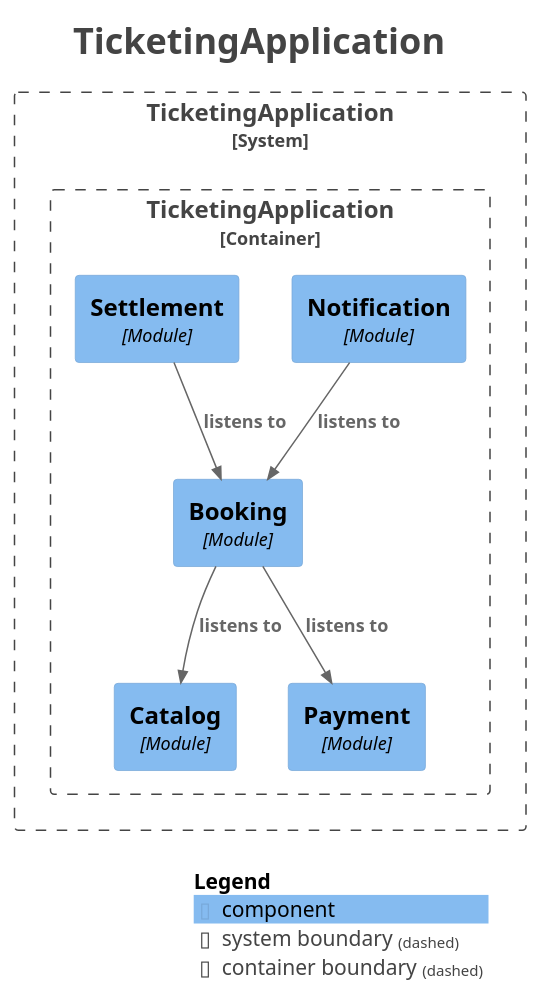
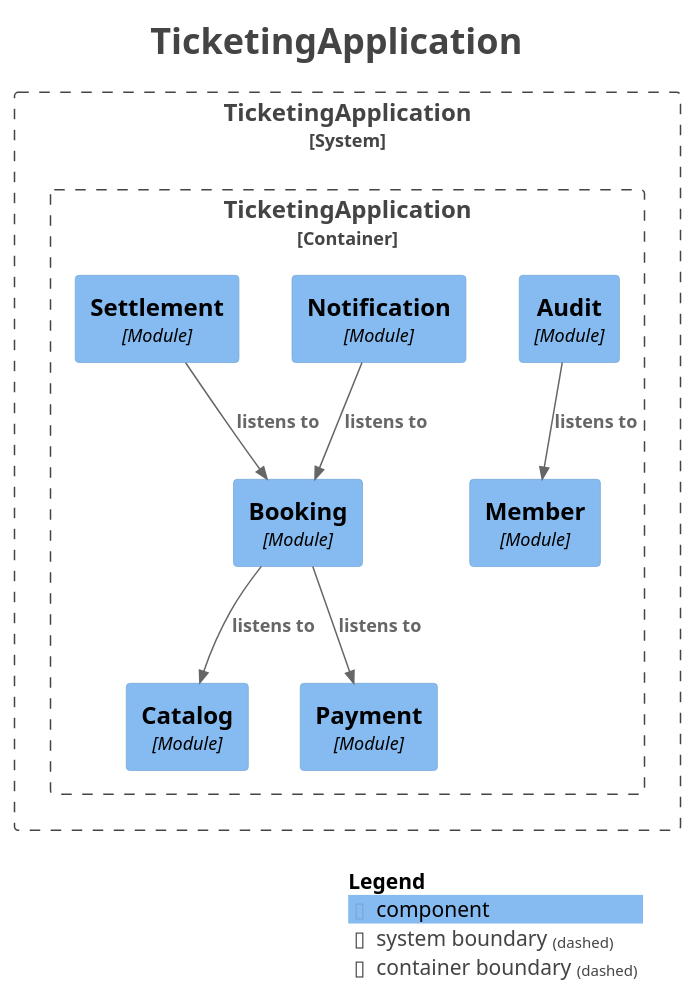
Before and after one commit to jkonury/ticketing: the diagram in docs/modulith/components.puml, drawn with PlantUML. The commit also changed 10 other files, not shown here.

```diff
--- a/docs/modulith/components.puml
+++ b/docs/modulith/components.puml
@@ -1,36 +1,39 @@
 @startuml
 title <size:24>TicketingApplication</size>
 
 set separator none
 top to bottom direction
 
 <style>
   root {
     BackgroundColor: #ffffff
     FontColor: #444444
   }
 </style>
 
 !include <C4/C4>
 !include <C4/C4_Context>
 !include <C4/C4_Component>
 
 System_Boundary("TicketingApplication_boundary", "TicketingApplication", $tags="") {
   Container_Boundary("TicketingApplication.TicketingApplication_boundary", "TicketingApplication", $tags="") {
     Component(TicketingApplication.TicketingApplication.Catalog, "Catalog", $techn="Module", $descr="", $tags="", $link="")
+    Component(TicketingApplication.TicketingApplication.Member, "Member", $techn="Module", $descr="", $tags="", $link="")
     Component(TicketingApplication.TicketingApplication.Payment, "Payment", $techn="Module", $descr="", $tags="", $link="")
+    Component(TicketingApplication.TicketingApplication.Audit, "Audit", $techn="Module", $descr="", $tags="", $link="")
     Component(TicketingApplication.TicketingApplication.Booking, "Booking", $techn="Module", $descr="", $tags="", $link="")
     Component(TicketingApplication.TicketingApplication.Notification, "Notification", $techn="Module", $descr="", $tags="", $link="")
     Component(TicketingApplication.TicketingApplication.Settlement, "Settlement", $techn="Module", $descr="", $tags="", $link="")
   }
 
 }
 
 Rel(TicketingApplication.TicketingApplication.Notification, TicketingApplication.TicketingApplication.Booking, "listens to", $techn="", $tags="", $link="")
+Rel(TicketingApplication.TicketingApplication.Audit, TicketingApplication.TicketingApplication.Member, "listens to", $techn="", $tags="", $link="")
+Rel(TicketingApplication.TicketingApplication.Settlement, TicketingApplication.TicketingApplication.Booking, "listens to", $techn="", $tags="", $link="")
 Rel(TicketingApplication.TicketingApplication.Booking, TicketingApplication.TicketingApplication.Payment, "listens to", $techn="", $tags="", $link="")
 Rel(TicketingApplication.TicketingApplication.Booking, TicketingApplication.TicketingApplication.Catalog, "listens to", $techn="", $tags="", $link="")
-Rel(TicketingApplication.TicketingApplication.Settlement, TicketingApplication.TicketingApplication.Booking, "listens to", $techn="", $tags="", $link="")
 
 SHOW_LEGEND(true)
 hide stereotypes
 @enduml
```
